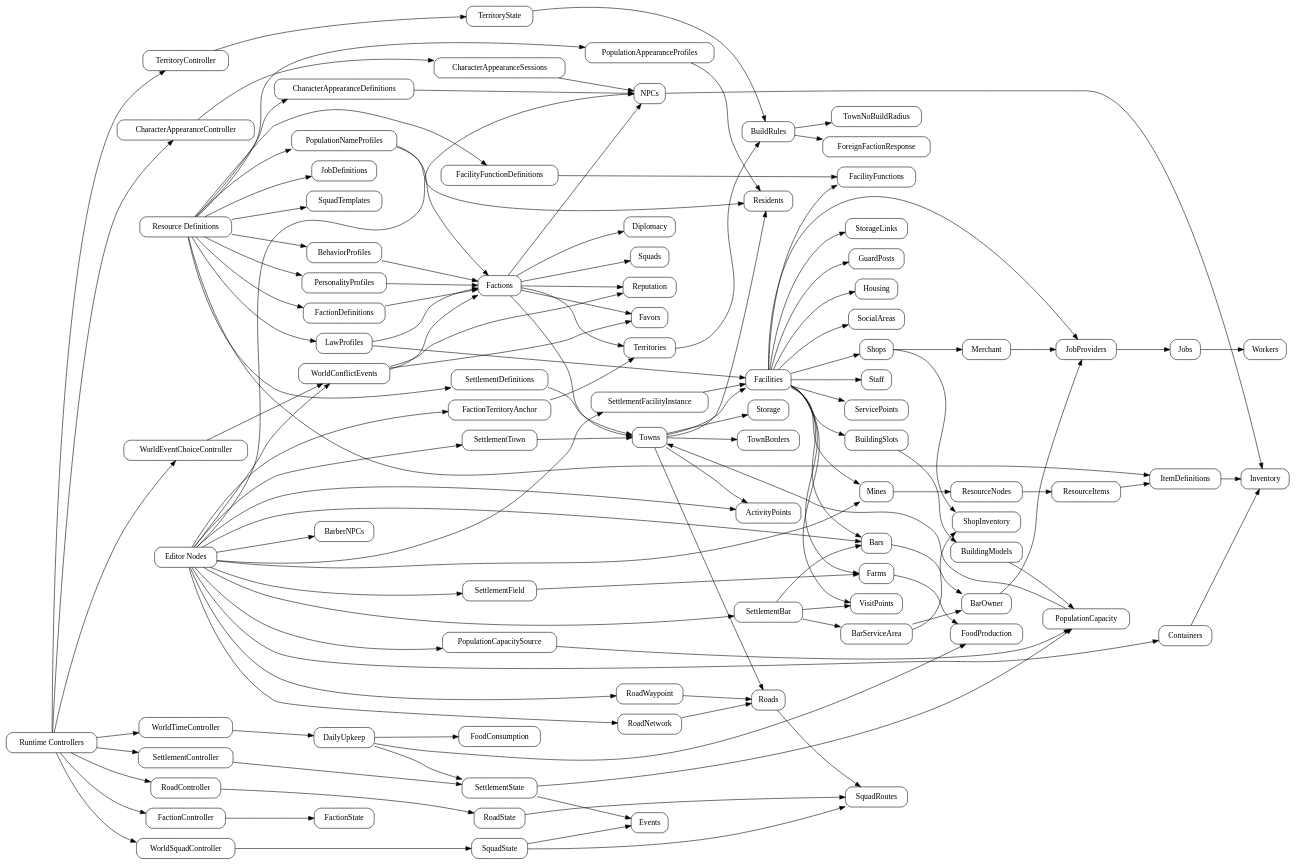
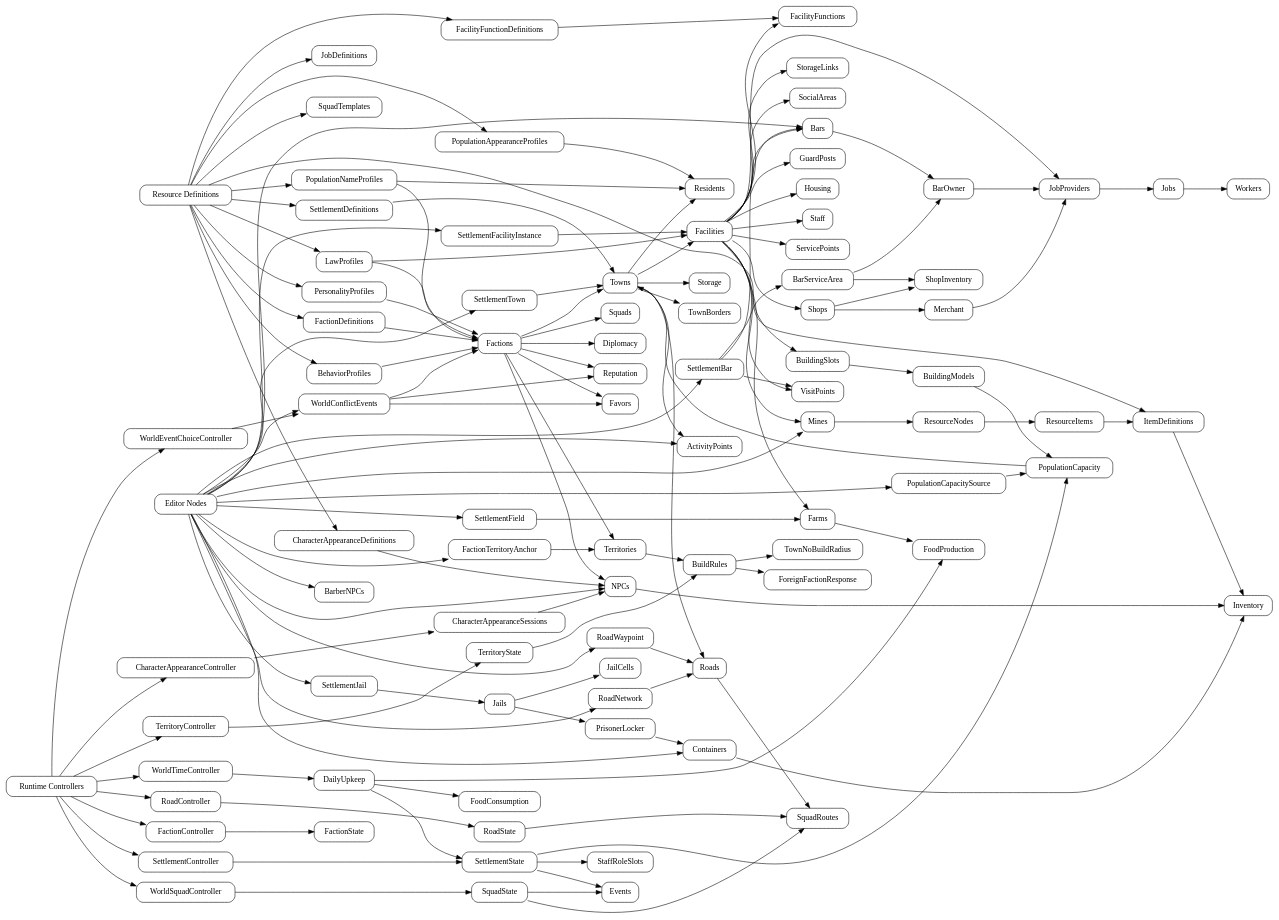
One commit to dustinc555/mygame changed the diagram in architecture/game-data.md. Above: the diagram before and after it, drawn with Graphviz. The commit also changed other lines of this file and 104 other files, not shown here.

```diff
--- a/architecture/game-data.md
+++ b/architecture/game-data.md
@@ -46,6 +46,7 @@
   Nodes -> SettlementFacilityInstance;
   Nodes -> SettlementBar;
   Nodes -> SettlementField;
+  Nodes -> SettlementJail;
   Nodes -> WorldConflictEvents;
 
   FactionDefinitions -> Factions;
@@ -105,6 +106,9 @@
   SettlementBar -> BarServiceArea;
   SettlementBar -> VisitPoints;
   SettlementField -> Farms;
+  SettlementJail -> Jails;
+  Jails -> JailCells;
+  Jails -> PrisonerLocker;
   BuildingSlots -> BuildingModels;
   BuildingModels -> PopulationCapacity;
   PopulationCapacitySource -> PopulationCapacity;
@@ -124,6 +128,7 @@
 
   NPCs -> Inventory;
   Containers -> Inventory;
+  PrisonerLocker -> Containers;
   Shops -> ShopInventory;
   ItemDefinitions -> Inventory;
   ResourceNodes -> ResourceItems;
@@ -154,6 +159,7 @@
   CharacterAppearanceDefinitions -> NPCs;
   SettlementState -> Events;
   SettlementState -> PopulationCapacity;
+  SettlementState -> StaffRoleSlots;
   SquadState -> Events;
   SquadState -> SquadRoutes;
   TerritoryState -> BuildRules;
```
